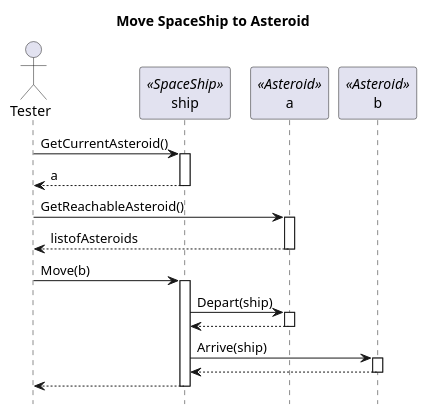
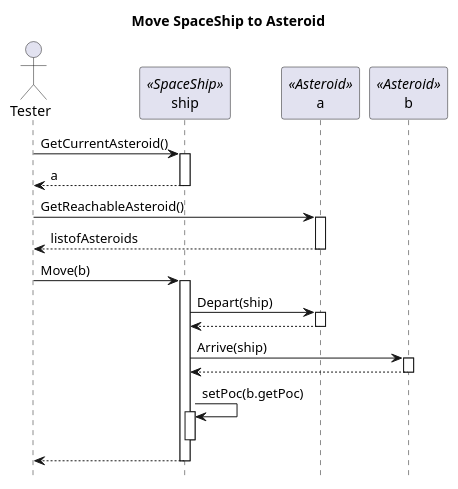
One commit to viseguard-studios/Documentation changed the diagram in docs/Skeleton/diagrams/Move/Move-SS-to-asteroid.puml. Above: the diagram before and after it, drawn with PlantUML. The commit also changed 4 other files, not shown here.

```diff
--- a/docs/Skeleton/diagrams/Move/Move-SS-to-asteroid.puml
+++ b/docs/Skeleton/diagrams/Move/Move-SS-to-asteroid.puml
@@ -1,39 +1,43 @@
 @startuml
 hide footbox
 title Move SpaceShip to Asteroid
 
 
 actor Tester as Tester
 
 
 participant ship as ship <<SpaceShip>>
 
 participant a as a <<Asteroid>>
 participant b as b <<Asteroid>>
 
 Tester -> ship ++ : GetCurrentAsteroid()
 ship --> Tester: a
 deactivate ship
 
 Tester -> a : GetReachableAsteroid()
 activate a
 
 a --> Tester : listofAsteroids
 deactivate a
 
 Tester -> ship : Move(b)
 activate ship
 
 ship -> a ++: Depart(ship)
 a --> ship
 deactivate a
 
 ship -> b ++ : Arrive(ship)
 
 b --> ship
 deactivate b
 
+ship -> ship :setPoc(b.getPoc)
+activate ship
+deactivate ship
+
 ship --> Tester
 deactivate ship
 
 @enduml
```
